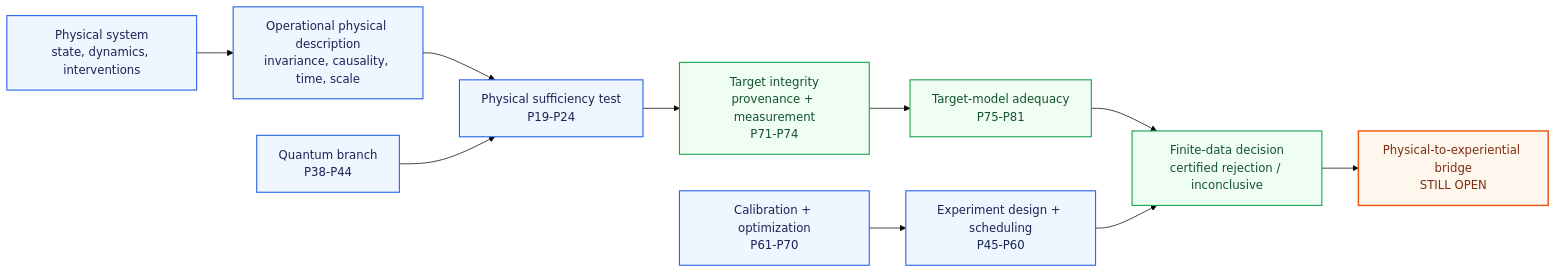
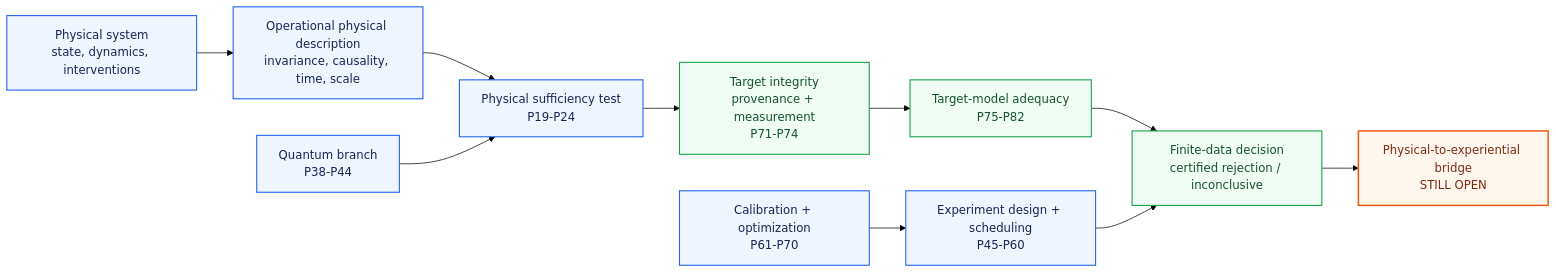
The diagram in START_HERE.md (MahsaKeikha/mathematical-consciousness-bridge), drawn with Mermaid (forest theme) before and after one commit. The commit also changed other lines of this file and 89 other files, not shown here.

````diff
--- a/START_HERE.md
+++ b/START_HERE.md
@@ -19,20 +19,20 @@
 ```mermaid
 flowchart LR
     A[Physical system\nstate, dynamics, interventions] --> B[Operational physical description\ninvariance, causality, time, scale]
     B --> C[Physical sufficiency test\nP19-P24]
     C --> D[Target integrity\nprovenance + measurement\nP71-P74]
-    D --> E[Target-model adequacy\nP75-P81]
+    D --> E[Target-model adequacy\nP75-P82]
     E --> F[Finite-data decision\ncertified rejection / inconclusive]
     F --> G[Physical-to-experiential bridge\nSTILL OPEN]
 
     H[Quantum branch\nP38-P44] --> C
     I[Experiment design + scheduling\nP45-P60] --> F
     J[Calibration + optimization\nP61-P70] --> I
 
     classDef open fill:#fff7ed,stroke:#ea580c,stroke-width:2px,color:#7c2d12;
     classDef core fill:#eff6ff,stroke:#2563eb,stroke-width:1.5px,color:#172554;
     classDef target fill:#f0fdf4,stroke:#16a34a,stroke-width:1.5px,color:#14532d;
     class A,B,C,H,I,J core;
     class D,E,F target;
     class G open;
 ```
````
